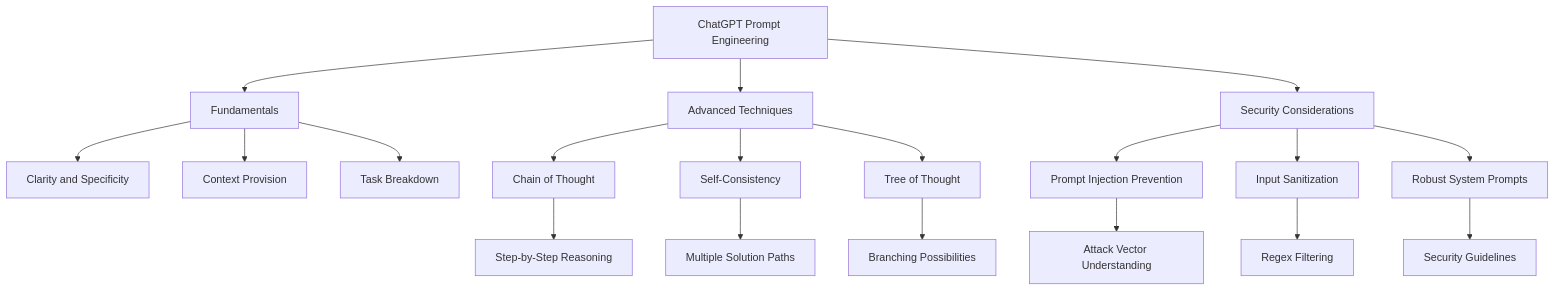
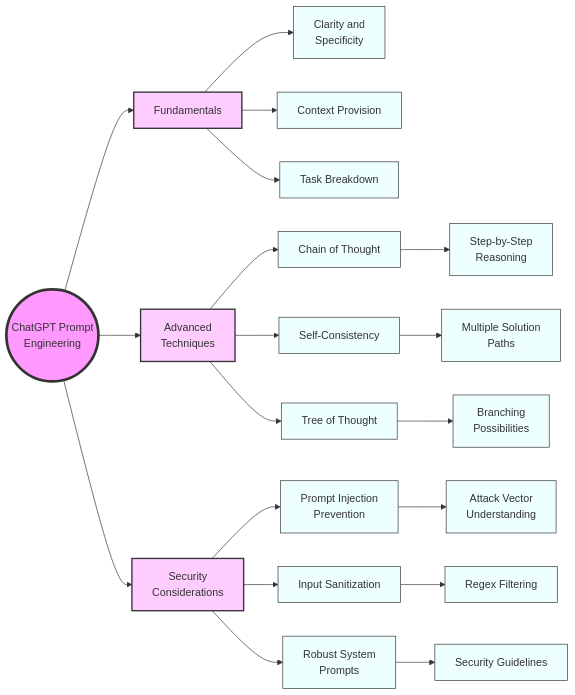
One commit to chenxingqiang/llm-course-chen changed the second of 2 diagrams in notebooks/md/lesson_13_Prompt_engineering_ChatGPT_Prompt_Engineering.md. Above: the diagram before and after it, drawn with Mermaid. The commit also changed other lines of this file and 658 other files, not shown here.

````diff
--- a/notebooks/md/lesson_13_Prompt_engineering_ChatGPT_Prompt_Engineering.md
+++ b/notebooks/md/lesson_13_Prompt_engineering_ChatGPT_Prompt_Engineering.md
@@ -818,23 +833,38 @@
 ```mermaid
-graph TD
-    A[ChatGPT Prompt Engineering] --> B[Fundamentals]
-    A --> C[Advanced Techniques]
-    A --> D[Security Considerations]
-    B --> E[Clarity and Specificity]
-    B --> F[Context Provision]
-    B --> G[Task Breakdown]
-    C --> H[Chain of Thought]
-    C --> I[Self-Consistency]
-    C --> J[Tree of Thought]
-    D --> K[Prompt Injection Prevention]
-    D --> L[Input Sanitization]
-    D --> M[Robust System Prompts]
+graph LR
+    A(("ChatGPT Prompt<br/>Engineering"))
     
-    H --> N[Step-by-Step Reasoning]
-    I --> O[Multiple Solution Paths]
-    J --> P[Branching Possibilities]
+    B["Fundamentals"]
+    C["Advanced<br/>Techniques"]
+    D["Security<br/>Considerations"]
     
-    K --> Q[Attack Vector Understanding]
-    L --> R[Regex Filtering]
-    M --> S[Security Guidelines]
+    A --> B & C & D
+    
+    B --> E["Clarity and<br/>Specificity"]
+    B --> F["Context Provision"]
+    B --> G["Task Breakdown"]
+    
+    C --> H["Chain of Thought"]
+    C --> I["Self-Consistency"]
+    C --> J["Tree of Thought"]
+    
+    D --> K["Prompt Injection<br/>Prevention"]
+    D --> L["Input Sanitization"]
+    D --> M["Robust System<br/>Prompts"]
+    
+    H --> N["Step-by-Step<br/>Reasoning"]
+    I --> O["Multiple Solution<br/>Paths"]
+    J --> P["Branching<br/>Possibilities"]
+    
+    K --> Q["Attack Vector<br/>Understanding"]
+    L --> R["Regex Filtering"]
+    M --> S["Security Guidelines"]
+
+    style A fill:#f9f,stroke:#333,stroke-width:4px
+    style B fill:#fcf,stroke:#333,stroke-width:2px
+    style C fill:#fcf,stroke:#333,stroke-width:2px
+    style D fill:#fcf,stroke:#333,stroke-width:2px
+    
+    classDef subTopic fill:#eff,stroke:#333,stroke-width:1px
+    class E,F,G,H,I,J,K,L,M,N,O,P,Q,R,S subTopic
 ```
````
